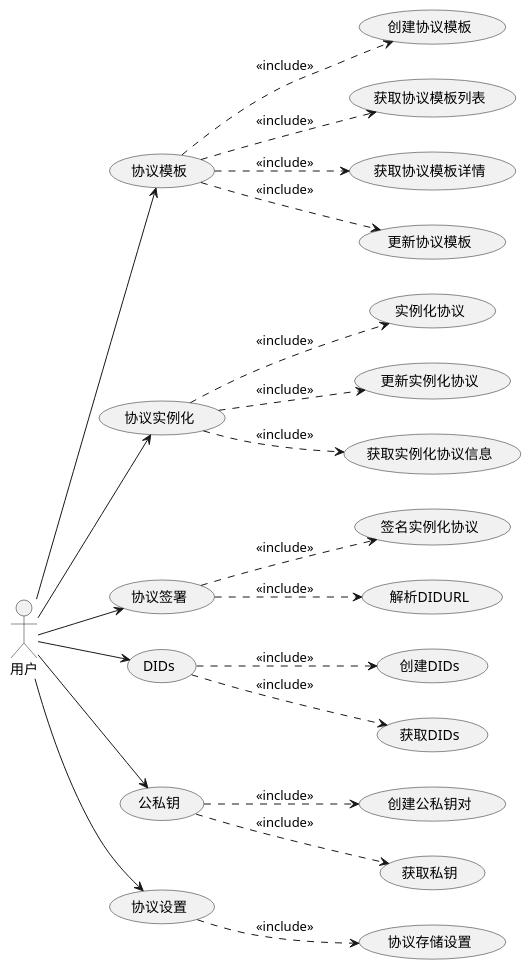
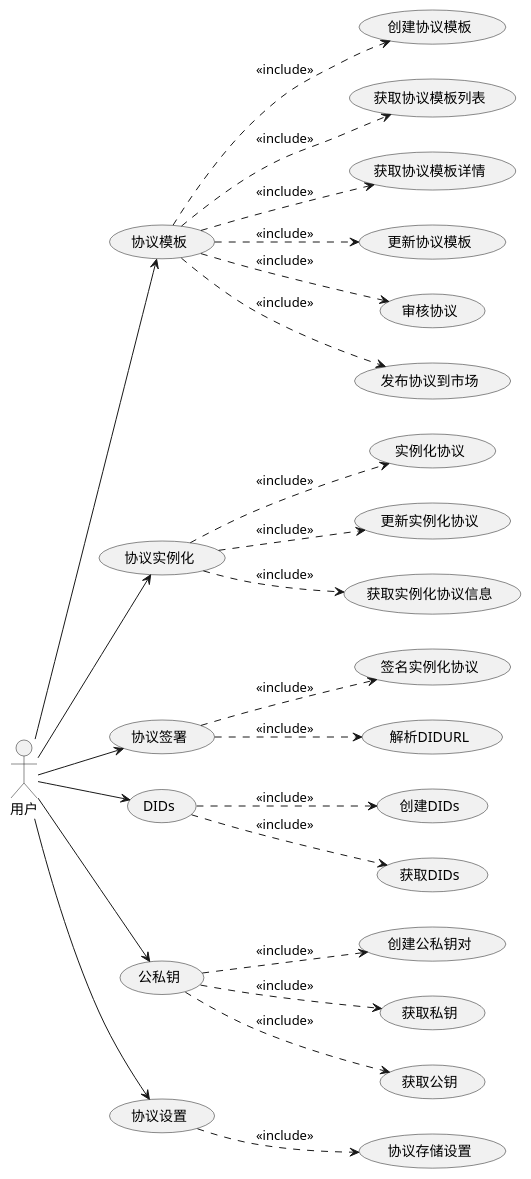
One commit to evildoerX/did-doc changed the first of 3 diagrams in docs/protocol/design/README.md. Above: the diagram before and after it, drawn with PlantUML.

```diff
--- a/docs/protocol/design/README.md
+++ b/docs/protocol/design/README.md
@@ -5,23 +5,26 @@
 @startuml
 left to right direction
 用户 --> (协议模板)
 (协议模板) ..> (创建协议模板): <<include>>
 (协议模板) ..> (获取协议模板列表): <<include>>
 (协议模板) ..> (获取协议模板详情): <<include>>
 (协议模板) ..> (更新协议模板): <<include>>
+(协议模板) ..> (审核协议): <<include>>
+(协议模板) ..> (发布协议到市场): <<include>>
 用户 --> (协议实例化)
 (协议实例化) ..> (实例化协议): <<include>>
 (协议实例化) ..> (更新实例化协议): <<include>>
 (协议实例化) ..> (获取实例化协议信息): <<include>>
 用户 --> (协议签署)
 (协议签署) ..> (签名实例化协议): <<include>>
 (协议签署) ..> (解析DIDURL): <<include>>
 用户 --> (DIDs)
 (DIDs) ..> (创建DIDs): <<include>>
 (DIDs) ..> (获取DIDs): <<include>>
 用户 --> (公私钥)
 (公私钥) ..> (创建公私钥对): <<include>>
 (公私钥) ..> (获取私钥): <<include>>
+(公私钥) ..> (获取公钥): <<include>>
 用户 --> (协议设置)
 (协议设置) ..> (协议存储设置): <<include>>
 @enduml
```
